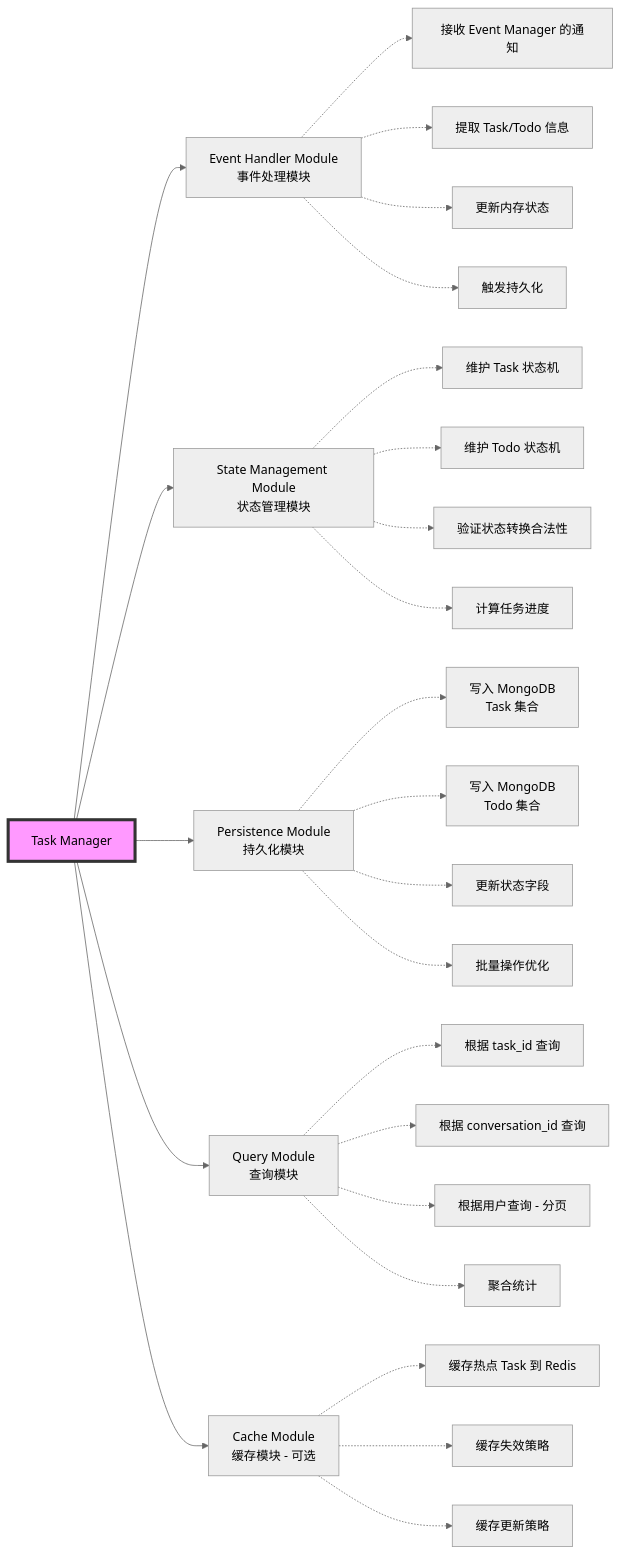
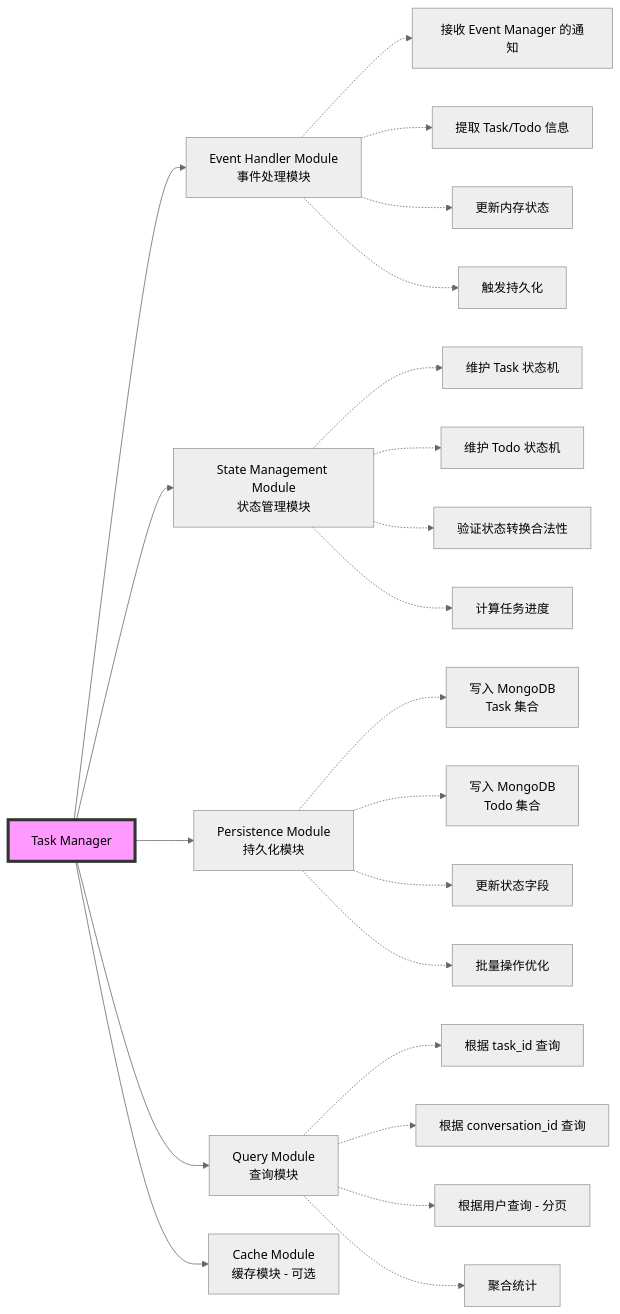
Before and after one commit to yingjianzh/iodraw-files: the diagram in all/未命名-10.md, drawn with Mermaid (neutral theme).

Commit message:
2025-12-24 18:02:11 update

````diff
--- a/all/未命名-10.md
+++ b/all/未命名-10.md
@@ -1,36 +1,33 @@
 ```mermaid
 graph LR
     TM[Task Manager]
     
     TM --> EHM[Event Handler Module<br/>事件处理模块]
     TM --> SMM[State Management Module<br/>状态管理模块]
     TM --> PM[Persistence Module<br/>持久化模块]
     TM --> QM[Query Module<br/>查询模块]
     TM --> CM[Cache Module<br/>缓存模块 - 可选]
     
     EHM -.-> EHM1[接收 Event Manager 的通知]
     EHM -.-> EHM2[提取 Task/Todo 信息]
     EHM -.-> EHM3[更新内存状态]
     EHM -.-> EHM4[触发持久化]
     
     SMM -.-> SMM1[维护 Task 状态机]
     SMM -.-> SMM2[维护 Todo 状态机]
     SMM -.-> SMM3[验证状态转换合法性]
     SMM -.-> SMM4[计算任务进度]
     
     PM -.-> PM1[写入 MongoDB<br/>Task 集合]
     PM -.-> PM2[写入 MongoDB<br/>Todo 集合]
     PM -.-> PM3[更新状态字段]
     PM -.-> PM4[批量操作优化]
     
     QM -.-> QM1[根据 task_id 查询]
     QM -.-> QM2[根据 conversation_id 查询]
     QM -.-> QM3[根据用户查询 - 分页]
     QM -.-> QM4[聚合统计]
     
-    CM -.-> CM1[缓存热点 Task 到 Redis]
-    CM -.-> CM2[缓存失效策略]
-    CM -.-> CM3[缓存更新策略]
-    
+  
     style TM fill:#f9f,stroke:#333,stroke-width:4px
 ```
````
